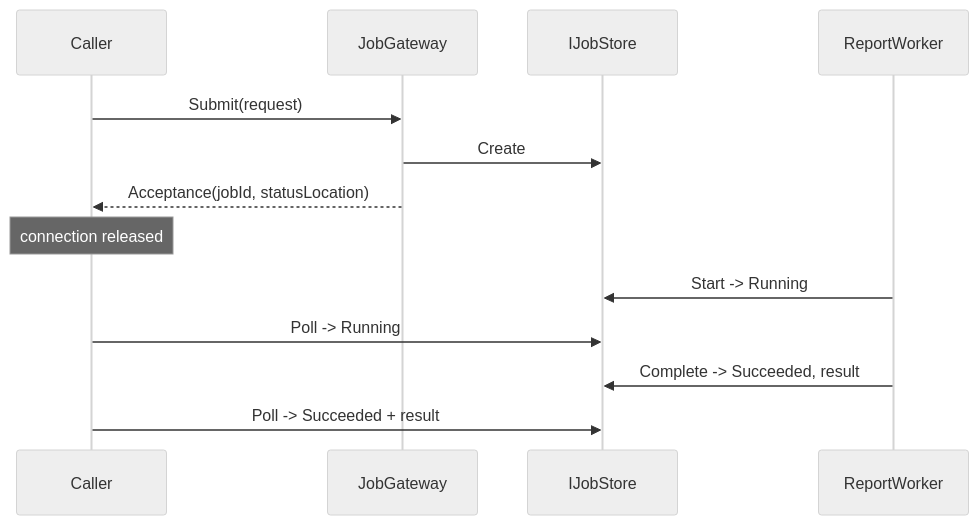
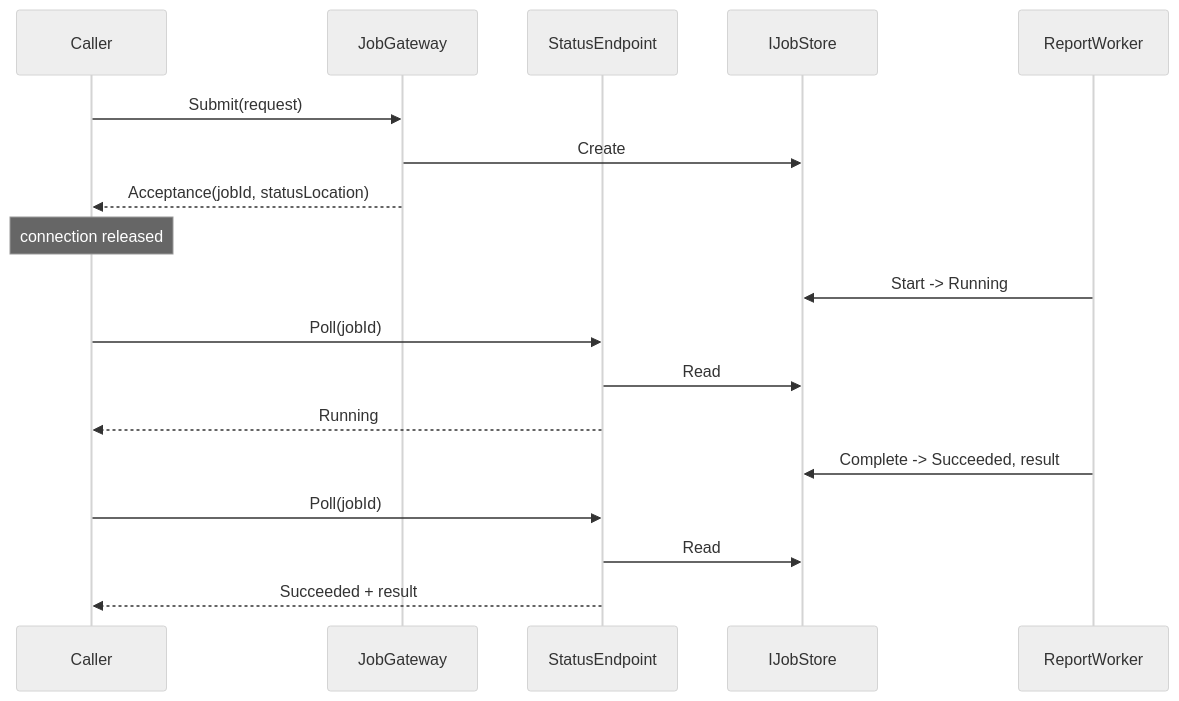
One commit to brijeshspatel/csharp-project-002-cloud-design-patterns changed the diagram in patterns/AsynchronousRequestReply/README.md. Above: the diagram before and after it, drawn with Mermaid (neutral theme). The commit also changed other lines of this file and 49 other files, not shown here.

````diff
--- a/patterns/AsynchronousRequestReply/README.md
+++ b/patterns/AsynchronousRequestReply/README.md
@@ -54,16 +54,21 @@
 ```mermaid
 sequenceDiagram
     participant Caller
     participant Gateway as JobGateway
+    participant Status as StatusEndpoint
     participant Store as IJobStore
     participant Worker as ReportWorker
 
     Caller->>Gateway: Submit(request)
     Gateway->>Store: Create
     Gateway-->>Caller: Acceptance(jobId, statusLocation)
     Note over Caller: connection released
     Worker->>Store: Start -> Running
-    Caller->>Store: Poll -> Running
+    Caller->>Status: Poll(jobId)
+    Status->>Store: Read
+    Status-->>Caller: Running
     Worker->>Store: Complete -> Succeeded, result
-    Caller->>Store: Poll -> Succeeded + result
+    Caller->>Status: Poll(jobId)
+    Status->>Store: Read
+    Status-->>Caller: Succeeded + result
 ```
````
